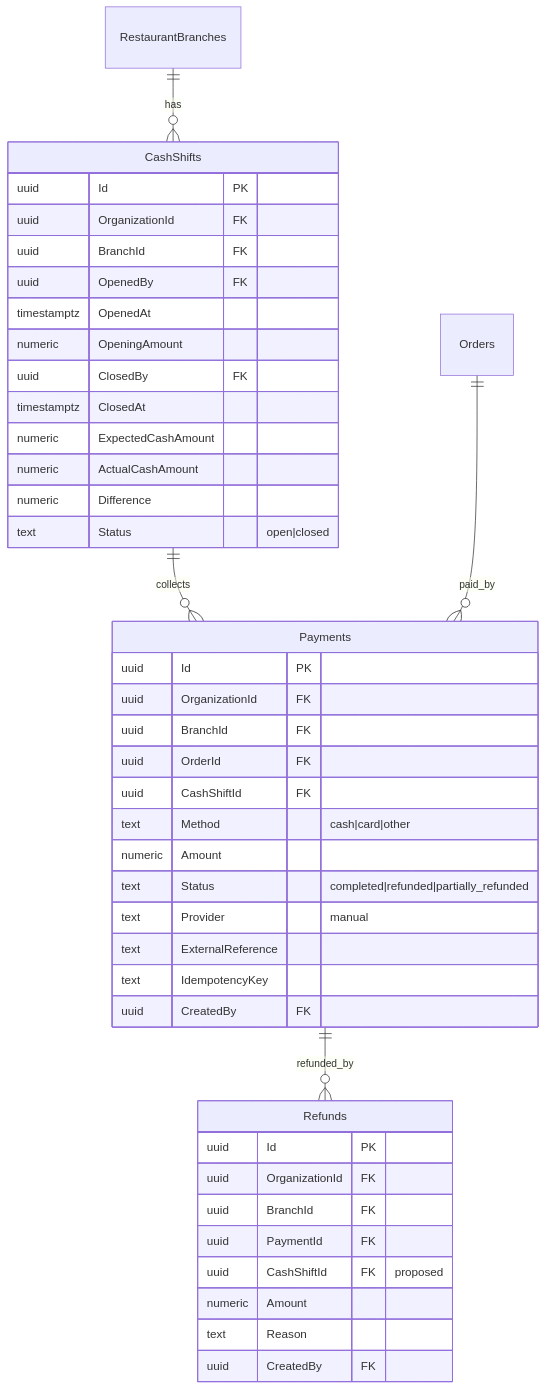
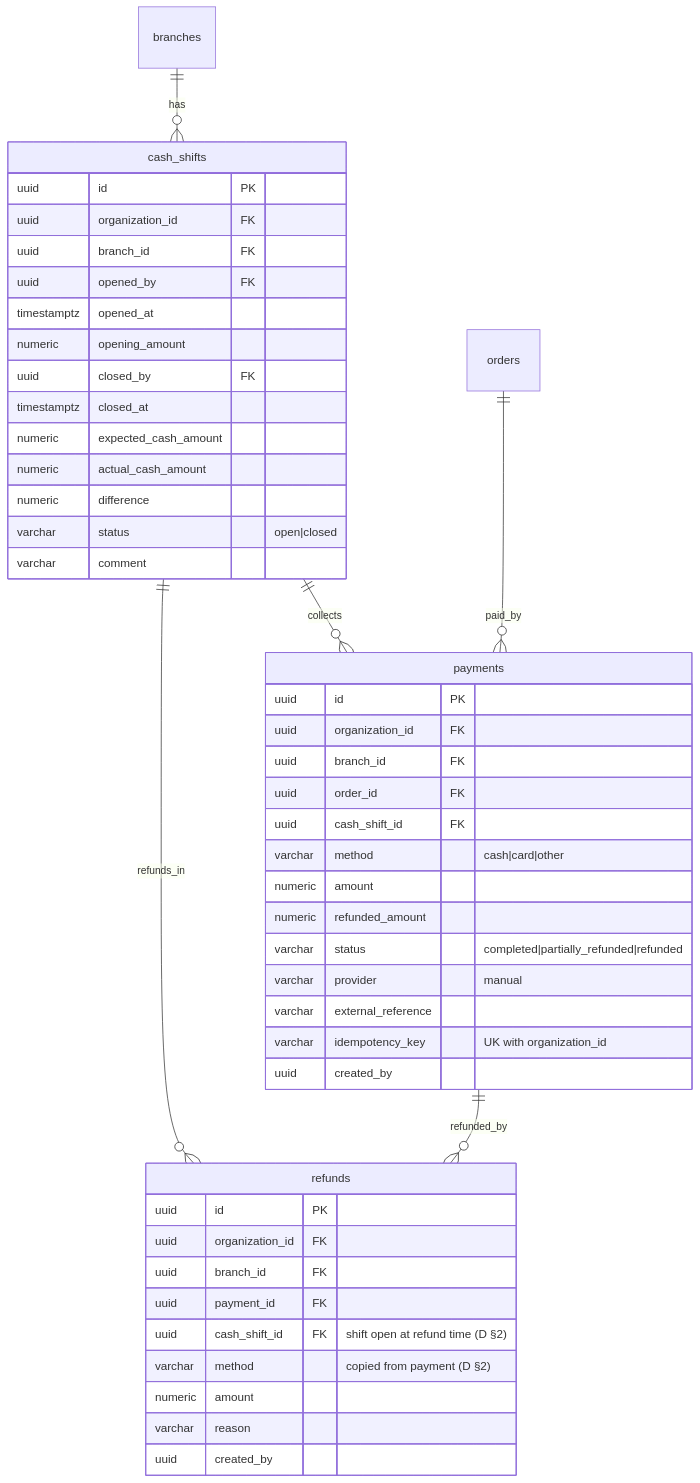
Before and after one commit to Urgenchbayev-Alibek/respos: the third of 4 diagrams in docs/database/ERD_INVENTORY_PAYMENTS.md, drawn with Mermaid. The commit also changed other lines of this file and 15 other files, not shown here.

Commit message:
docs: sync business rules, ERD, ADRs, overview, deployment, README with implementation

````diff
--- a/docs/database/ERD_INVENTORY_PAYMENTS.md
+++ b/docs/database/ERD_INVENTORY_PAYMENTS.md
@@ -158,46 +168,50 @@
 ```mermaid
 erDiagram
-  RestaurantBranches ||--o{ CashShifts : has
-  CashShifts ||--o{ Payments : collects
-  Orders ||--o{ Payments : paid_by
-  Payments ||--o{ Refunds : refunded_by
+  branches ||--o{ cash_shifts : has
+  cash_shifts ||--o{ payments : collects
+  cash_shifts ||--o{ refunds : refunds_in
+  orders ||--o{ payments : paid_by
+  payments ||--o{ refunds : refunded_by
 
-  CashShifts {
-    uuid Id PK
-    uuid OrganizationId FK
-    uuid BranchId FK
-    uuid OpenedBy FK
-    timestamptz OpenedAt
-    numeric OpeningAmount
-    uuid ClosedBy FK
-    timestamptz ClosedAt
-    numeric ExpectedCashAmount
-    numeric ActualCashAmount
-    numeric Difference
-    text Status "open|closed"
+  cash_shifts {
+    uuid id PK
+    uuid organization_id FK
+    uuid branch_id FK
+    uuid opened_by FK
+    timestamptz opened_at
+    numeric opening_amount
+    uuid closed_by FK
+    timestamptz closed_at
+    numeric expected_cash_amount
+    numeric actual_cash_amount
+    numeric difference
+    varchar status "open|closed"
+    varchar comment
   }
-  Payments {
-    uuid Id PK
-    uuid OrganizationId FK
-    uuid BranchId FK
-    uuid OrderId FK
-    uuid CashShiftId FK
-    text Method "cash|card|other"
-    numeric Amount
-    text Status "completed|refunded|partially_refunded"
-    text Provider "manual"
-    text ExternalReference
-    text IdempotencyKey
-    uuid CreatedBy FK
+  payments {
+    uuid id PK
+    uuid organization_id FK
+    uuid branch_id FK
+    uuid order_id FK
+    uuid cash_shift_id FK
+    varchar method "cash|card|other"
+    numeric amount
+    numeric refunded_amount
+    varchar status "completed|partially_refunded|refunded"
+    varchar provider "manual"
+    varchar external_reference
+    varchar idempotency_key "UK with organization_id"
+    uuid created_by
   }
-  Refunds {
-    uuid Id PK
-    uuid OrganizationId FK
-    uuid BranchId FK
-    uuid PaymentId FK
-    uuid CashShiftId FK "proposed"
-    numeric Amount
-    text Reason
-    uuid CreatedBy FK
+  refunds {
+    uuid id PK
+    uuid organization_id FK
+    uuid branch_id FK
+    uuid payment_id FK
+    uuid cash_shift_id FK "shift open at refund time (D §2)"
+    varchar method "copied from payment (D §2)"
+    numeric amount
+    varchar reason
+    uuid created_by
   }
 ```
````
